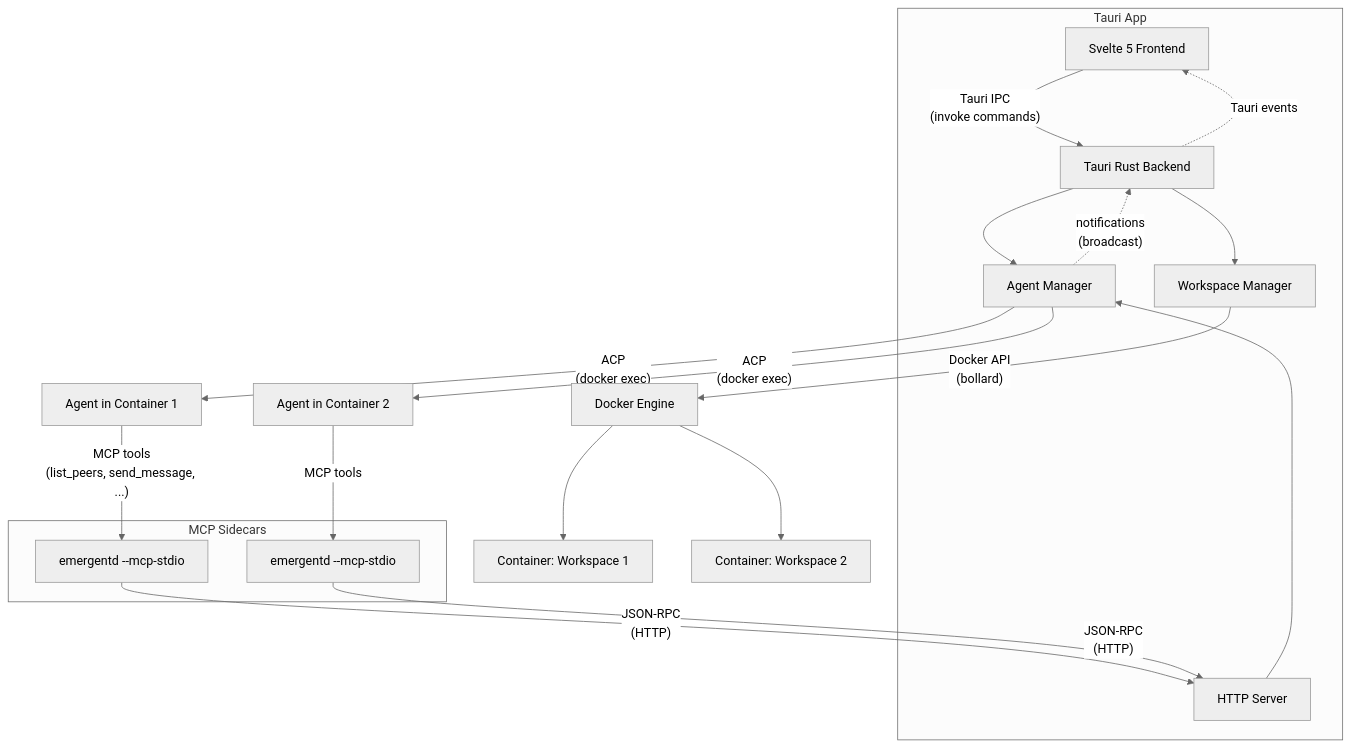
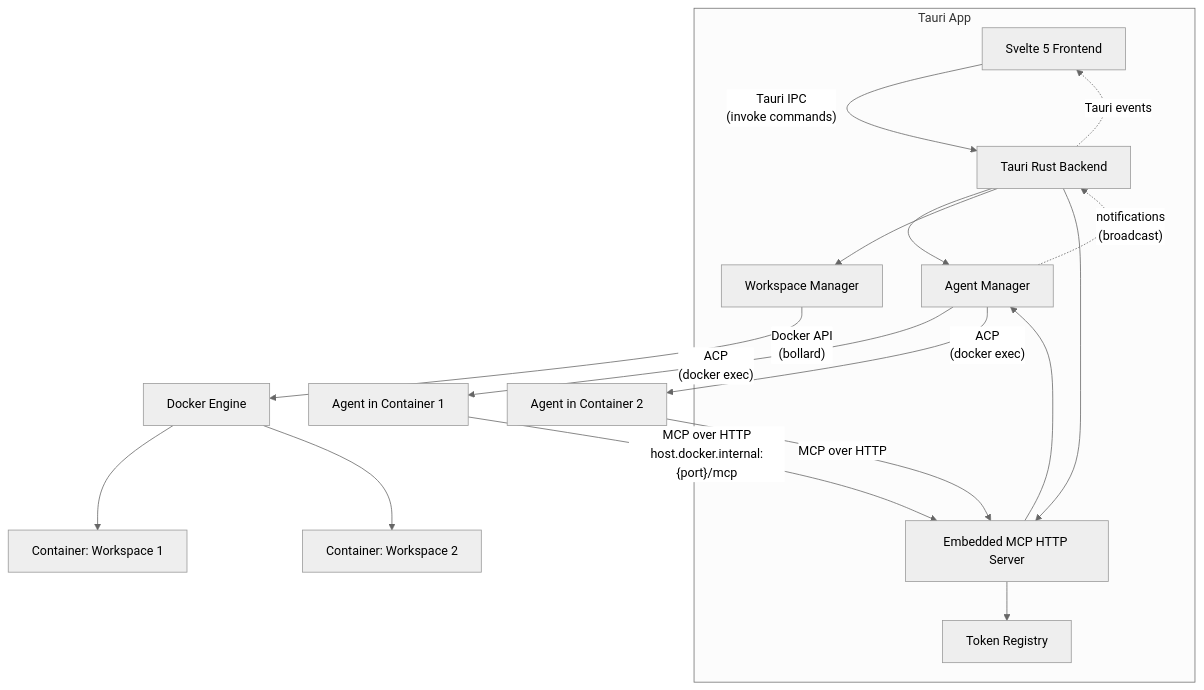
Before and after one commit to gallanoe/emergent: the diagram in README.md, drawn with Mermaid (neutral theme). The commit also changed other lines of this file and 1 other file, not shown here.

````diff
--- a/README.md
+++ b/README.md
@@ -23,36 +22,31 @@
 ```mermaid
 graph TD
     subgraph Tauri App
         UI[Svelte 5 Frontend]
         TR[Tauri Rust Backend]
         AM[Agent Manager]
         WM[Workspace Manager]
-        HS[HTTP Server]
+        HS[Embedded MCP HTTP Server]
+        TOK[Token Registry]
     end
 
     UI -- "Tauri IPC<br/>(invoke commands)" --> TR
     TR --> AM
     TR --> WM
+    TR --> HS
+    HS --> TOK
 
     WM -- "Docker API<br/>(bollard)" --> D[Docker Engine]
     D --> C1[Container: Workspace 1]
     D --> C2[Container: Workspace 2]
 
     AM -- "ACP<br/>(docker exec)" --> A1[Agent in Container 1]
     AM -- "ACP<br/>(docker exec)" --> A2[Agent in Container 2]
 
     AM -. "notifications<br/>(broadcast)" .-> TR
     TR -. "Tauri events" .-> UI
 
-    subgraph MCP Sidecars
-        MCP1[emergentd --mcp-stdio]
-        MCP2[emergentd --mcp-stdio]
-    end
-
-    A1 -- "MCP tools<br/>(list_peers, send_message, ...)" --> MCP1
-    A2 -- "MCP tools" --> MCP2
-
-    MCP1 -- "JSON-RPC<br/>(HTTP)" --> HS
-    MCP2 -- "JSON-RPC<br/>(HTTP)" --> HS
+    A1 -- "MCP over HTTP<br/>host.docker.internal:{port}/mcp" --> HS
+    A2 -- "MCP over HTTP" --> HS
     HS --> AM
 ```
````
